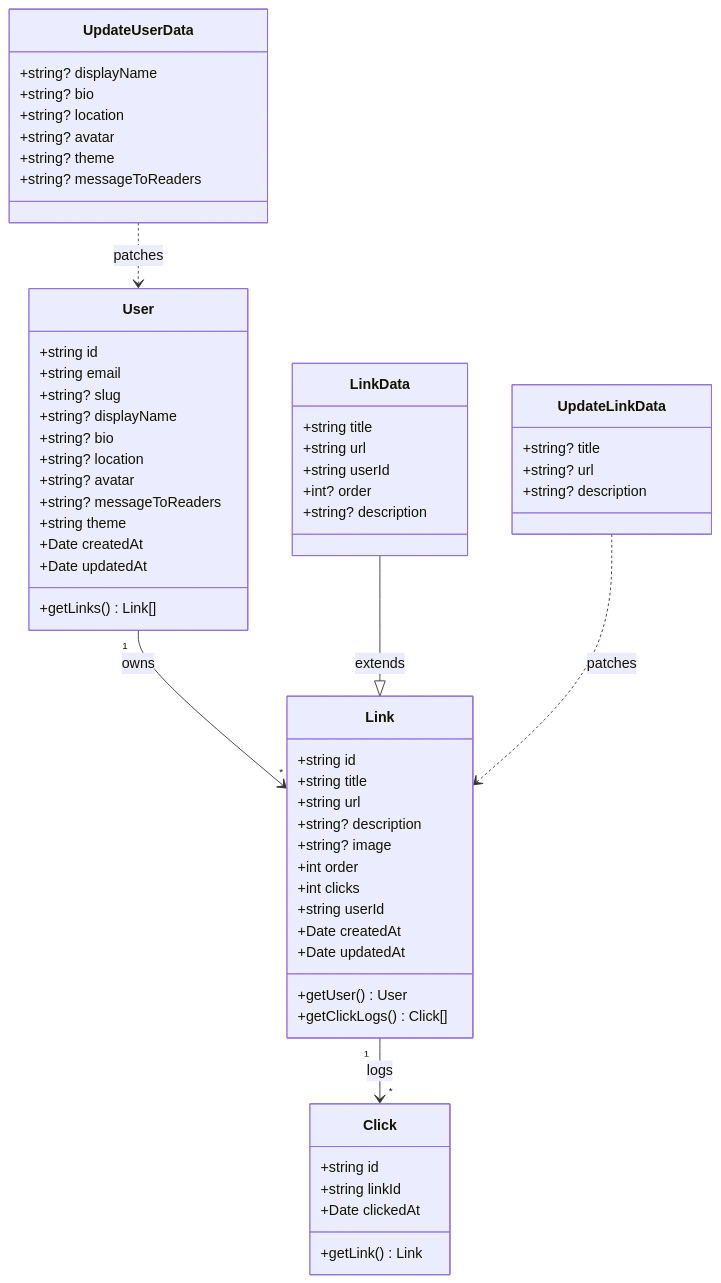
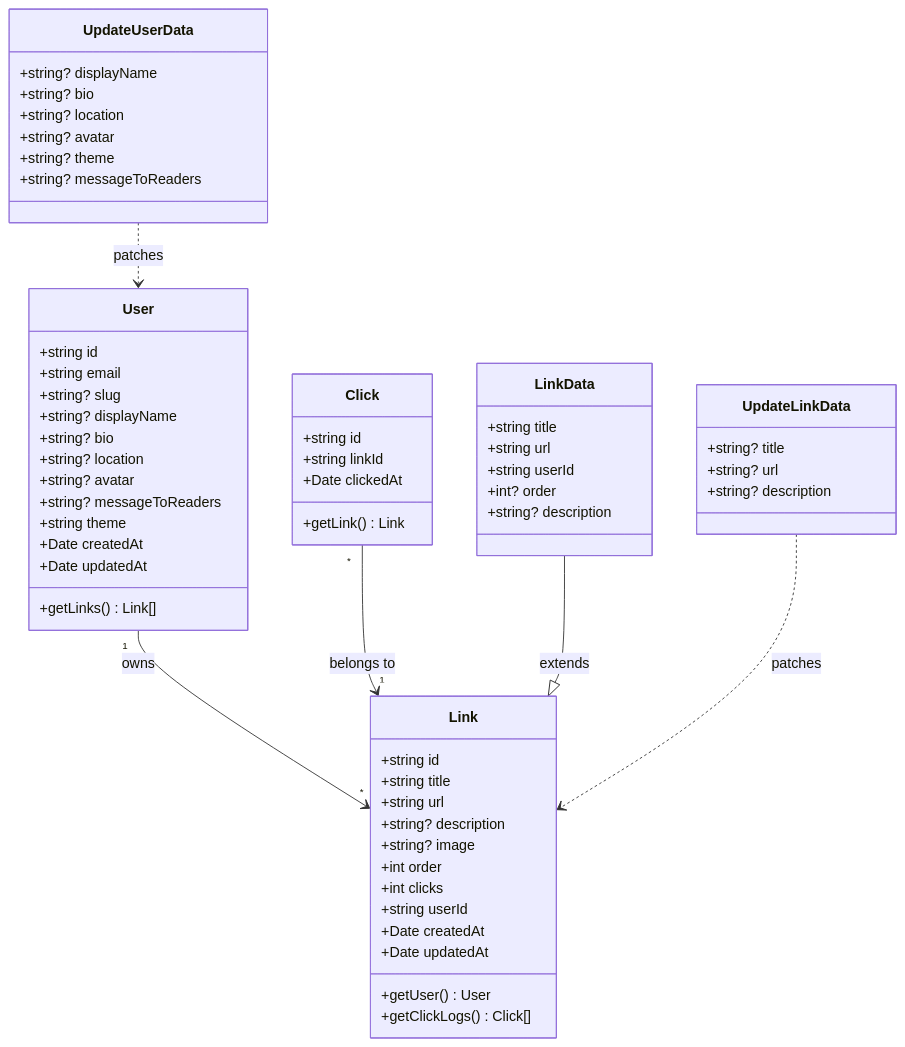
One commit to ddamaceno/NodeTree changed the diagram in .docs/diagrama-classes.md. Above: the diagram before and after it, drawn with Mermaid.

Commit message:
docs: move Click to end of diagram, reverse relationship direction

````diff
--- a/.docs/diagrama-classes.md
+++ b/.docs/diagrama-classes.md
@@ -3,68 +3,68 @@
 ```mermaid
 classDiagram
     class User {
         +string id
         +string email
         +string? slug
         +string? displayName
         +string? bio
         +string? location
         +string? avatar
         +string? messageToReaders
         +string theme
         +Date createdAt
         +Date updatedAt
         +getLinks() Link[]
     }
 
     class Link {
         +string id
         +string title
         +string url
         +string? description
         +string? image
         +int order
         +int clicks
         +string userId
         +Date createdAt
         +Date updatedAt
         +getUser() User
         +getClickLogs() Click[]
     }
 
-    class Click {
-        +string id
-        +string linkId
-        +Date clickedAt
-        +getLink() Link
-    }
-
     class LinkData {
         +string title
         +string url
         +string userId
         +int? order
         +string? description
     }
 
     class UpdateLinkData {
         +string? title
         +string? url
         +string? description
     }
 
     class UpdateUserData {
         +string? displayName
         +string? bio
         +string? location
         +string? avatar
         +string? theme
         +string? messageToReaders
     }
 
+    class Click {
+        +string id
+        +string linkId
+        +Date clickedAt
+        +getLink() Link
+    }
+
     User "1" --> "*" Link : owns
-    Link "1" --> "*" Click : logs
+    Click "*" --> "1" Link : belongs to
     LinkData --|> Link : extends
     UpdateLinkData ..> Link : patches
     UpdateUserData ..> User : patches
 ```
````
